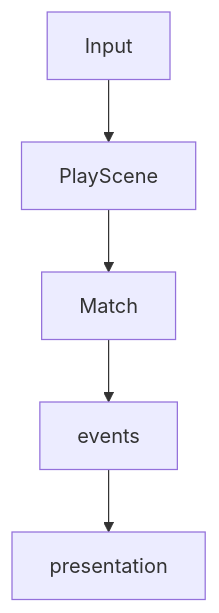
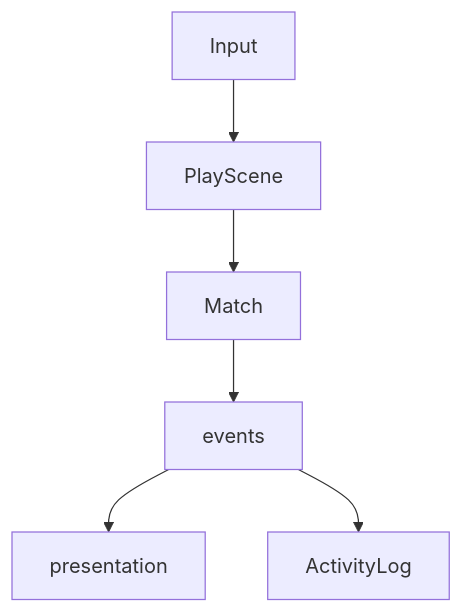
One commit to kblaszki/sfml-game-lab changed the diagram in docs/explanation/syndicate-ui.md. Above: the diagram before and after it, drawn with Mermaid. The commit also changed other lines of this file and 18 other files, not shown here.

````diff
--- a/docs/explanation/syndicate-ui.md
+++ b/docs/explanation/syndicate-ui.md
@@ -39,7 +41,8 @@
 ```mermaid
 flowchart TD
   inputEvt[Input] --> playScene[PlayScene]
   playScene --> matchApply[Match]
   matchApply --> gameEvents[events]
   gameEvents --> presentation[presentation]
+  gameEvents --> activityLog[ActivityLog]
 ```
````
